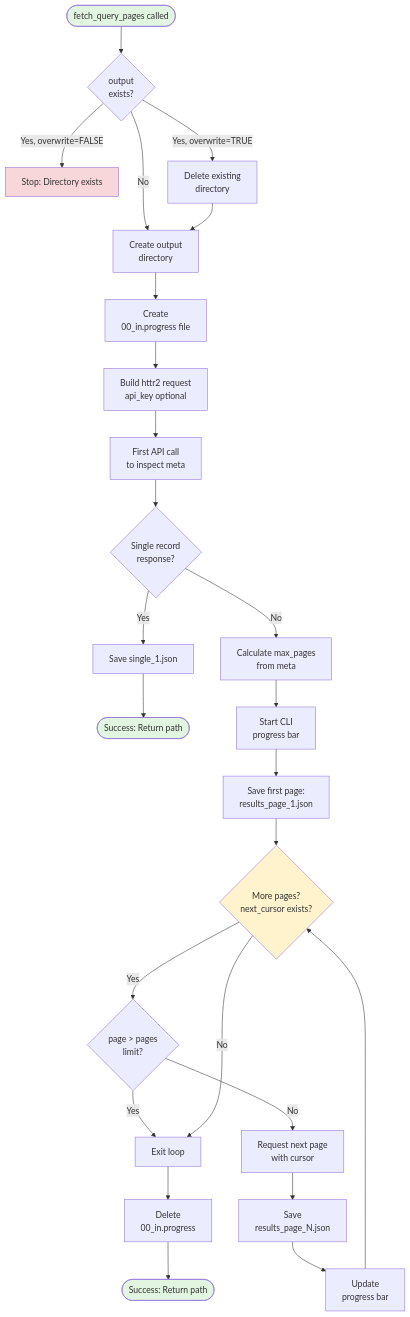
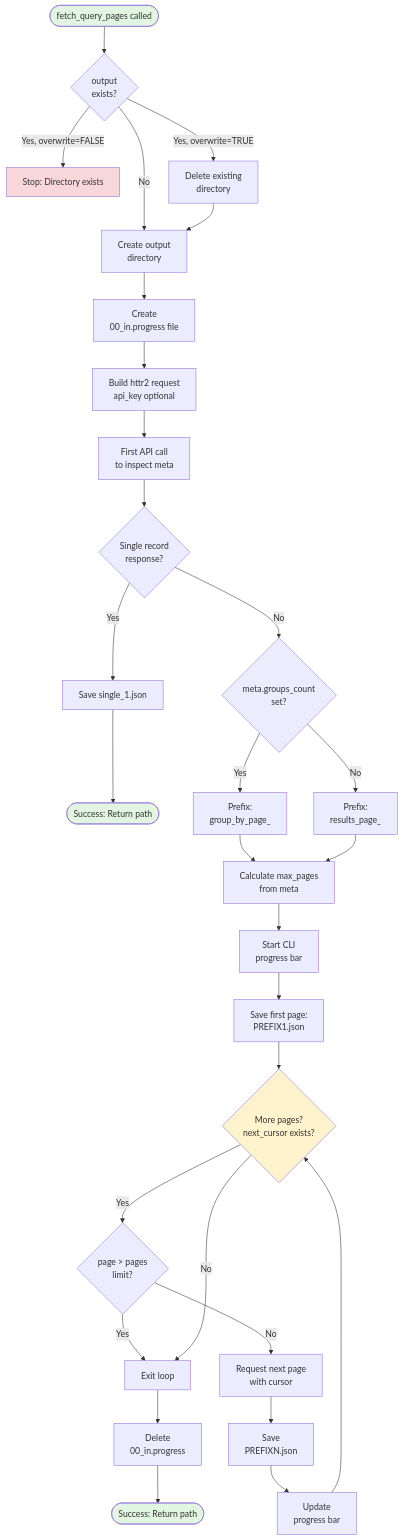
Before and after one commit to openalexPro/openalexPro: the second of 8 diagrams in vignettes/pro_request.qmd, drawn with Mermaid. The commit also changed other lines of this file and 17 other files, not shown here.

````diff
--- a/vignettes/pro_request.qmd
+++ b/vignettes/pro_request.qmd
@@ -286,41 +304,45 @@
 ```{mermaid}
 flowchart TD
     Start([fetch_query_pages called]) --> CheckOutput{output<br/>exists?}
 
     CheckOutput -->|Yes, overwrite=FALSE| ErrorExists[Stop: Directory exists]
     CheckOutput -->|Yes, overwrite=TRUE| DeleteDir[Delete existing<br/>directory]
     CheckOutput -->|No| CreateDir[Create output<br/>directory]
 
     DeleteDir --> CreateDir
     CreateDir --> CreateProgress[Create<br/>00_in.progress file]
     CreateProgress --> BuildRequest[Build httr2 request<br/>api_key optional]
 
     BuildRequest --> FirstRequest[First API call<br/>to inspect meta]
     FirstRequest --> CheckSingle{Single record<br/>response?}
 
     CheckSingle -->|Yes| SaveSingle[Save single_1.json]
     SaveSingle --> Success1([Success: Return path])
 
-    CheckSingle -->|No| CalcMaxPages[Calculate max_pages<br/>from meta]
+    CheckSingle -->|No| CheckGroup{meta.groups_count<br/>set?}
+    CheckGroup -->|Yes| PrefixGroup[Prefix:<br/>group_by_page_]
+    CheckGroup -->|No| PrefixResults[Prefix:<br/>results_page_]
+    PrefixGroup --> CalcMaxPages[Calculate max_pages<br/>from meta]
+    PrefixResults --> CalcMaxPages
     CalcMaxPages --> StartProgress[Start CLI<br/>progress bar]
-    StartProgress --> SaveFirst[Save first page:<br/>results_page_1.json]
+    StartProgress --> SaveFirst[Save first page:<br/>PREFIX1.json]
 
     SaveFirst --> PageLoop{More pages?<br/>next_cursor exists?}
 
     PageLoop -->|Yes| CheckLimit{page > pages<br/>limit?}
     CheckLimit -->|Yes| Done[Exit loop]
     CheckLimit -->|No| NextRequest[Request next page<br/>with cursor]
-    NextRequest --> SavePage[Save<br/>results_page_N.json]
+    NextRequest --> SavePage[Save<br/>PREFIXN.json]
     SavePage --> UpdateProgress[Update<br/>progress bar]
     UpdateProgress --> PageLoop
 
     PageLoop -->|No| Done
     Done --> DeleteProgressFile[Delete<br/>00_in.progress]
     DeleteProgressFile --> Success2([Success: Return path])
 
     style Start fill:#e1f5e1
     style Success1 fill:#e1f5e1
     style Success2 fill:#e1f5e1
     style ErrorExists fill:#f8d7da
     style PageLoop fill:#fff3cd
 ```
````
